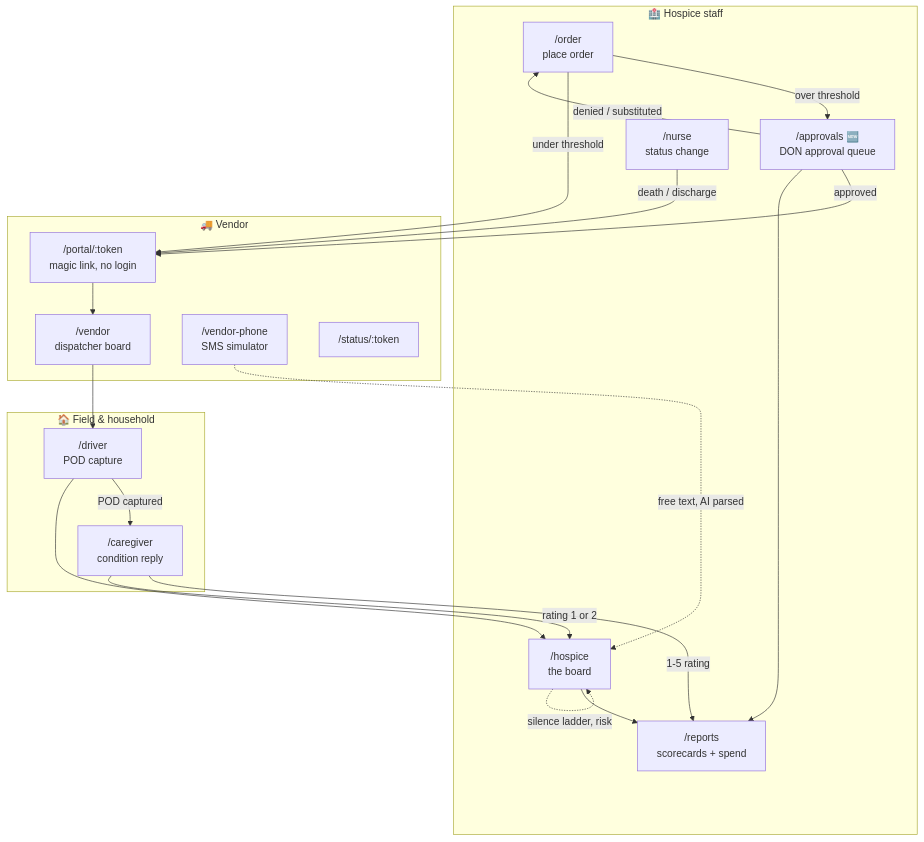
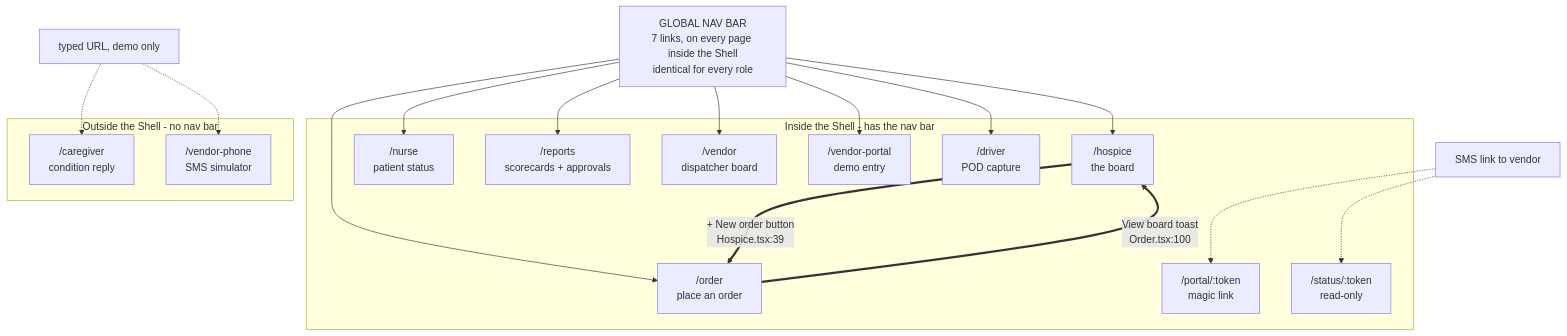
The first of 6 diagrams in docs/UX-FLOWS.md (kr3wangel/betterrx-hackathon-2026), drawn with Mermaid before and after one commit. The commit also changed other lines of this file, not shown here.

````diff
--- a/docs/UX-FLOWS.md
+++ b/docs/UX-FLOWS.md
@@ -173,38 +71,37 @@
 ```mermaid
-flowchart TB
-  subgraph HOSPICE["🏥 Hospice staff"]
-    ORD["/order<br/>place order"]
+graph TD
+  NAV["GLOBAL NAV BAR<br/>7 links, on every page inside the Shell<br/>identical for every role"]
+
+  subgraph Inside the Shell - has the nav bar
     BOARD["/hospice<br/>the board"]
-    APPR["/approvals 🆕<br/>DON approval queue"]
-    NURSE["/nurse<br/>status change"]
-    REP["/reports<br/>scorecards + spend"]
+    ORDER["/order<br/>place an order"]
+    NURSE["/nurse<br/>patient status"]
+    REPORTS["/reports<br/>scorecards + approvals"]
+    VBOARD["/vendor<br/>dispatcher board"]
+    VPORTAL["/vendor-portal<br/>demo entry"]
+    DRIVER["/driver<br/>POD capture"]
+    PORTAL["/portal/:token<br/>magic link"]
+    VSTATUS["/status/:token<br/>read-only"]
   end
 
-  subgraph VENDOR["🚚 Vendor"]
-    PORTAL["/portal/:token<br/>magic link, no login"]
-    VBOARD["/vendor<br/>dispatcher board"]
+  subgraph Outside the Shell - no nav bar
+    CARE["/caregiver<br/>condition reply"]
     VPHONE["/vendor-phone<br/>SMS simulator"]
-    VSTAT["/status/:token"]
   end
 
-  subgraph FIELD["🏠 Field & household"]
-    DRIVER["/driver<br/>POD capture"]
-    CARE["/caregiver<br/>condition reply"]
-  end
+  NAV --> BOARD
+  NAV --> ORDER
+  NAV --> NURSE
+  NAV --> REPORTS
+  NAV --> VBOARD
+  NAV --> VPORTAL
+  NAV --> DRIVER
 
-  ORD -->|"over threshold"| APPR
-  ORD -->|"under threshold"| PORTAL
-  APPR -->|approved| PORTAL
-  APPR -->|denied / substituted| ORD
-  PORTAL --> VBOARD
-  VPHONE -.->|"free text, AI parsed"| BOARD
-  VBOARD --> DRIVER
-  DRIVER -->|"POD captured"| CARE
-  DRIVER --> BOARD
-  CARE -->|"1-5 rating"| REP
-  CARE -->|"rating 1 or 2"| BOARD
-  NURSE -->|"death / discharge"| PORTAL
-  BOARD -.->|"silence ladder, risk"| BOARD
-  BOARD --> REP
-  APPR --> REP
+  BOARD ==>|"+ New order button<br/>Hospice.tsx:39"| ORDER
+  ORDER ==>|"View board toast<br/>Order.tsx:100"| BOARD
+
+  SMS["SMS link to vendor"] -.-> PORTAL
+  SMS -.-> VSTATUS
+  TYPED["typed URL, demo only"] -.-> CARE
+  TYPED -.-> VPHONE
 ```
````
